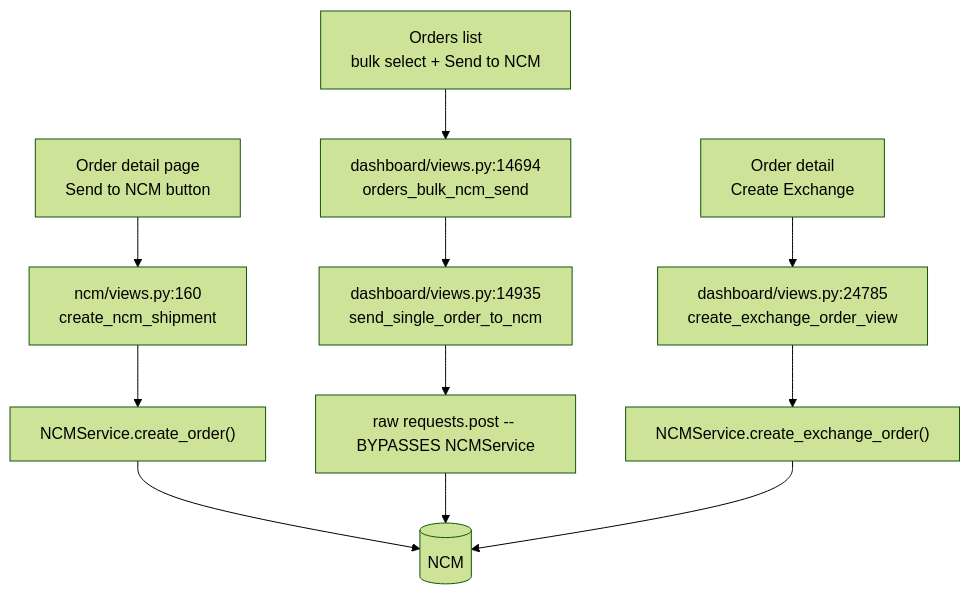
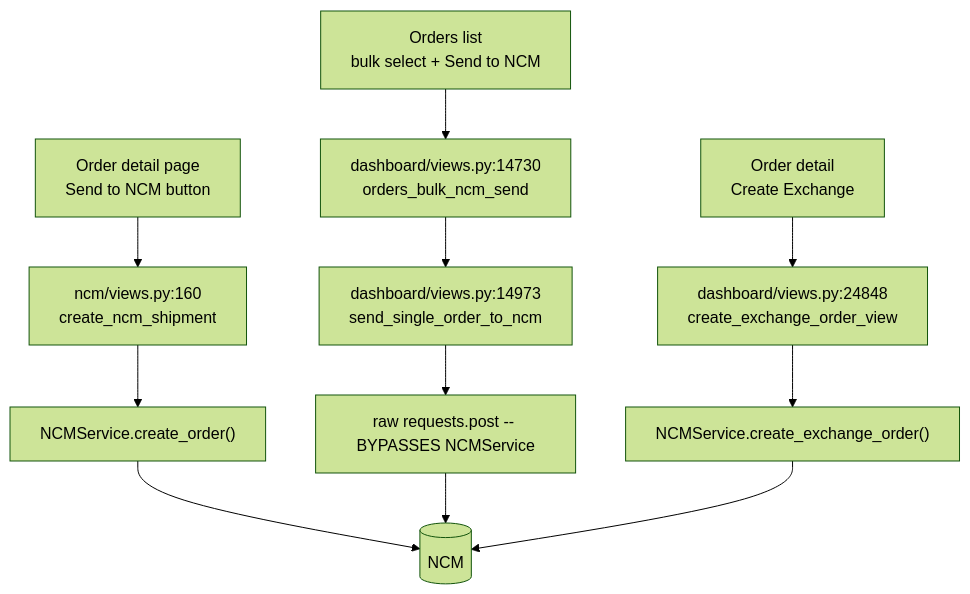
The first of 2 diagrams in myproject/docs/10-ncm-sending.md (milanmagrati/E-commerce-Project), drawn with Mermaid (forest theme) before and after one commit. The commit also changed other lines of this file and 10 other files, not shown here.

````diff
--- a/myproject/docs/10-ncm-sending.md
+++ b/myproject/docs/10-ncm-sending.md
@@ -9,16 +9,16 @@
 ```mermaid
 flowchart TD
     A[Order detail page<br/>Send to NCM button] --> B["ncm/views.py:160<br/>create_ncm_shipment"]
     B --> C["NCMService.create_order()"]
 
-    D[Orders list<br/>bulk select + Send to NCM] --> E["dashboard/views.py:14694<br/>orders_bulk_ncm_send"]
-    E --> F["dashboard/views.py:14935<br/>send_single_order_to_ncm"]
+    D[Orders list<br/>bulk select + Send to NCM] --> E["dashboard/views.py:14730<br/>orders_bulk_ncm_send"]
+    E --> F["dashboard/views.py:14973<br/>send_single_order_to_ncm"]
     F --> G["raw requests.post -- BYPASSES NCMService"]
 
-    H[Order detail<br/>Create Exchange] --> I["dashboard/views.py:24785<br/>create_exchange_order_view"]
+    H[Order detail<br/>Create Exchange] --> I["dashboard/views.py:24848<br/>create_exchange_order_view"]
     I --> J["NCMService.create_exchange_order()"]
 
     C --> K[(NCM)]
     G --> K
     J --> K
 ```
````
